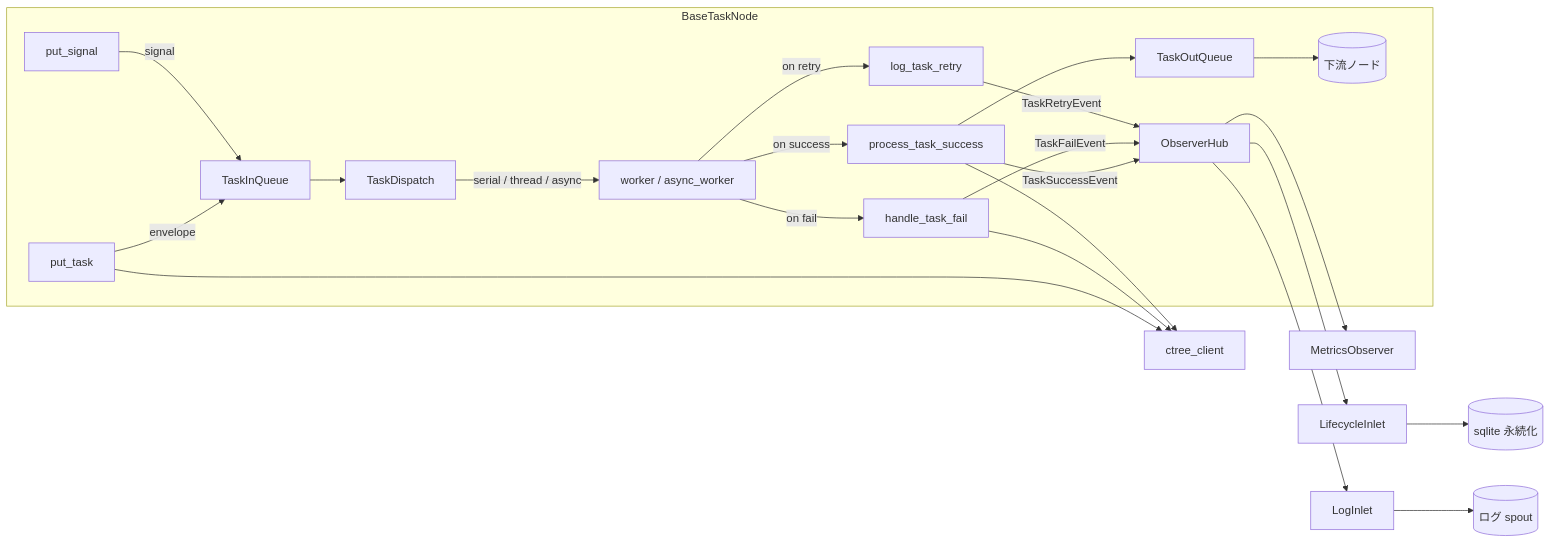
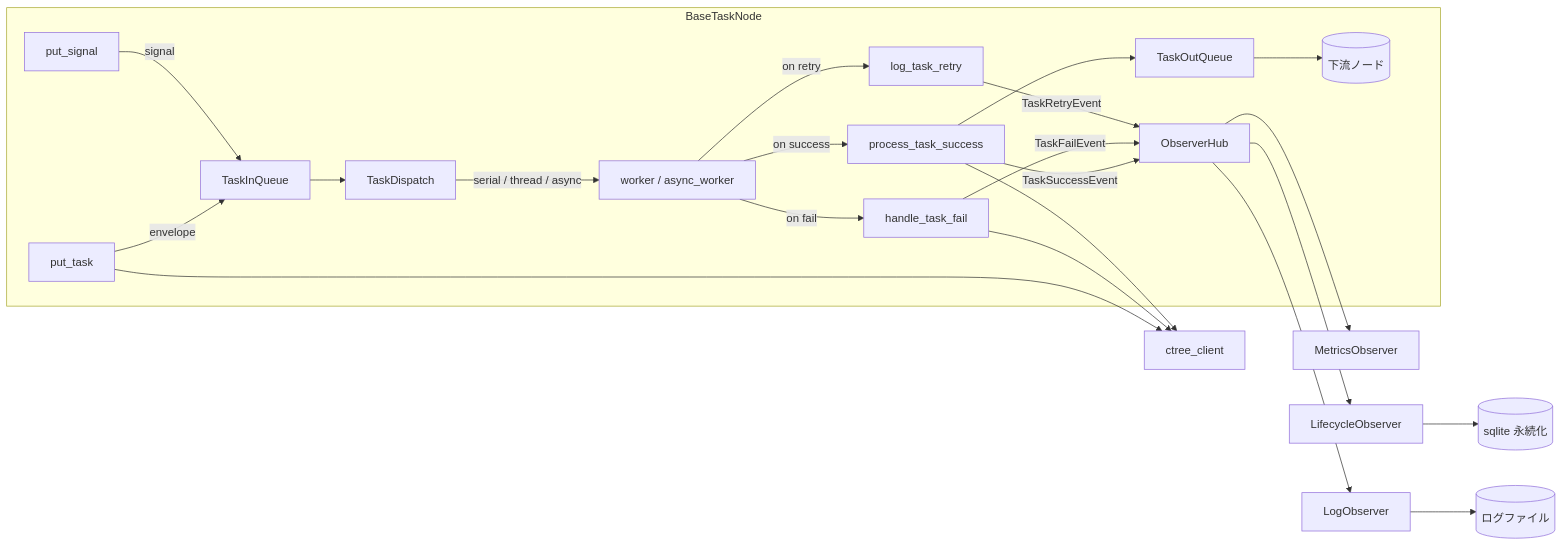
One commit to Mr-xiaotian/CelestialFlow changed the second of 2 diagrams in docs/ja/src/node/core_node.md. Above: the diagram before and after it, drawn with Mermaid. The commit also changed other lines of this file and 176 other files, not shown here.

````diff
--- a/docs/ja/src/node/core_node.md
+++ b/docs/ja/src/node/core_node.md
@@ -227,27 +226,27 @@
 ```mermaid
 flowchart LR
     subgraph "BaseTaskNode"
         PutTask[put_task] -->|envelope| TaskQueue[TaskInQueue]
         PutSignal[put_signal] -->|signal| TaskQueue
         TaskQueue --> Dispatch[TaskDispatch]
         Dispatch -->|serial / thread / async| Worker[worker / async_worker]
         Worker -->|on success| PTS[process_task_success]
         Worker -->|on fail| HTF[handle_task_fail]
         Worker -->|on retry| LTR[log_task_retry]
         PTS --> YieldQueue[TaskOutQueue]
         YieldQueue --> Downstream[(下流ノード)]
         PTS -->|TaskSuccessEvent| Hub[ObserverHub]
         HTF -->|TaskFailEvent| Hub
         LTR -->|TaskRetryEvent| Hub
     end
 
     PutTask --> CT[ctree_client]
     HTF --> CT
     PTS --> CT
 
     Hub --> Metrics[MetricsObserver]
-    Hub --> Lifecycle[LifecycleInlet]
-    Hub --> Log[LogInlet]
+    Hub --> Lifecycle[LifecycleObserver]
+    Hub --> Log[LogObserver]
     Lifecycle --> SQLite[(sqlite 永続化)]
-    Log --> LogStore[(ログ spout)]
+    Log --> LogStore[(ログファイル)]
 ```
````
